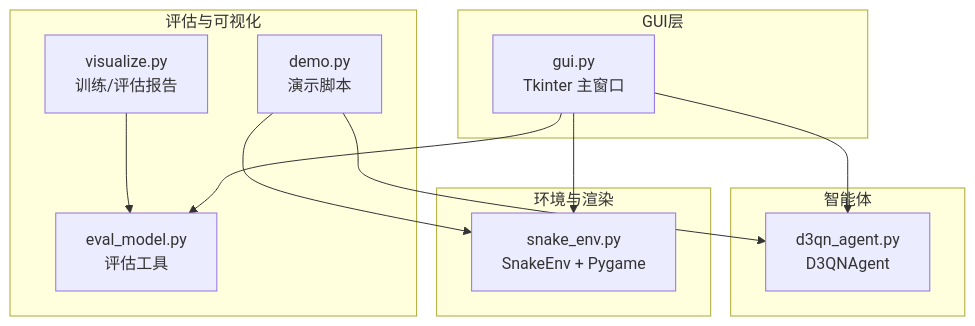
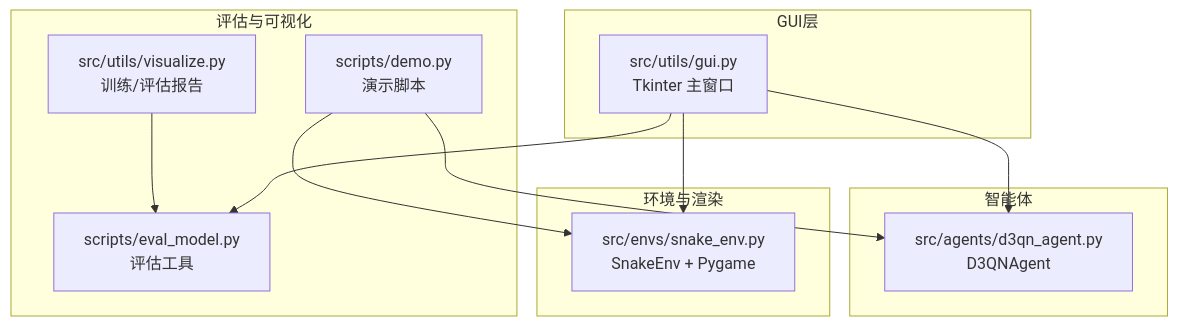
The first of 6 diagrams in .qoder/repowiki/zh/content/演示和测试/图形用户界面.md (fuweiq94-cloud/3399180760000), drawn with Mermaid before and after one commit. The commit also changed other lines of this file and 75 other files, not shown here.

````diff
--- a/.qoder/repowiki/zh/content/演示和测试/图形用户界面.md
+++ b/.qoder/repowiki/zh/content/演示和测试/图形用户界面.md
@@ -39,23 +48,23 @@
 ```mermaid
 graph TB
 subgraph "GUI层"
-G["gui.py<br/>Tkinter 主窗口"]
+G["src/utils/gui.py<br/>Tkinter 主窗口"]
 end
 subgraph "环境与渲染"
-E["snake_env.py<br/>SnakeEnv + Pygame"]
+E["src/envs/snake_env.py<br/>SnakeEnv + Pygame"]
 end
 subgraph "智能体"
-A["d3qn_agent.py<br/>D3QNAgent"]
+A["src/agents/d3qn_agent.py<br/>D3QNAgent"]
 end
 subgraph "评估与可视化"
-V["eval_model.py<br/>评估工具"]
-R["visualize.py<br/>训练/评估报告"]
-D["demo.py<br/>演示脚本"]
+V["scripts/eval_model.py<br/>评估工具"]
+R["src/utils/visualize.py<br/>训练/评估报告"]
+D["scripts/demo.py<br/>演示脚本"]
 end
 G --> E
 G --> A
 G --> V
 R --> V
 D --> E
 D --> A
 ```
````
